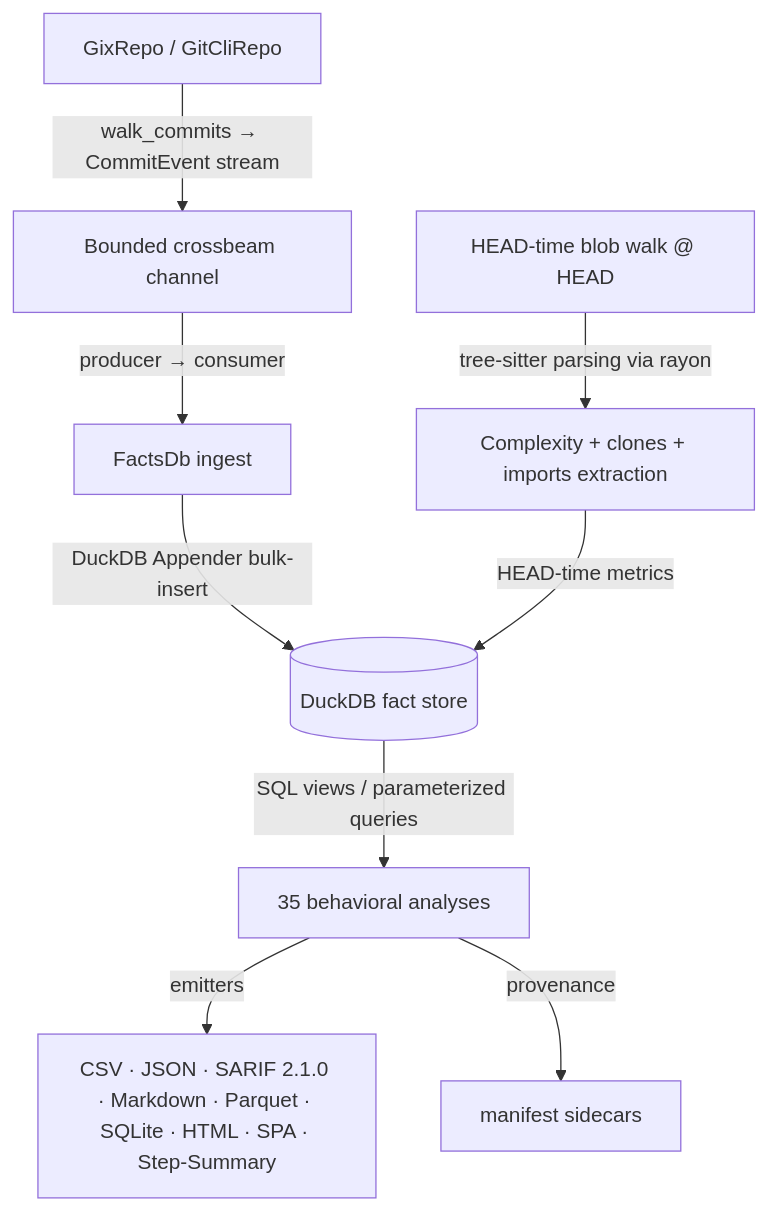
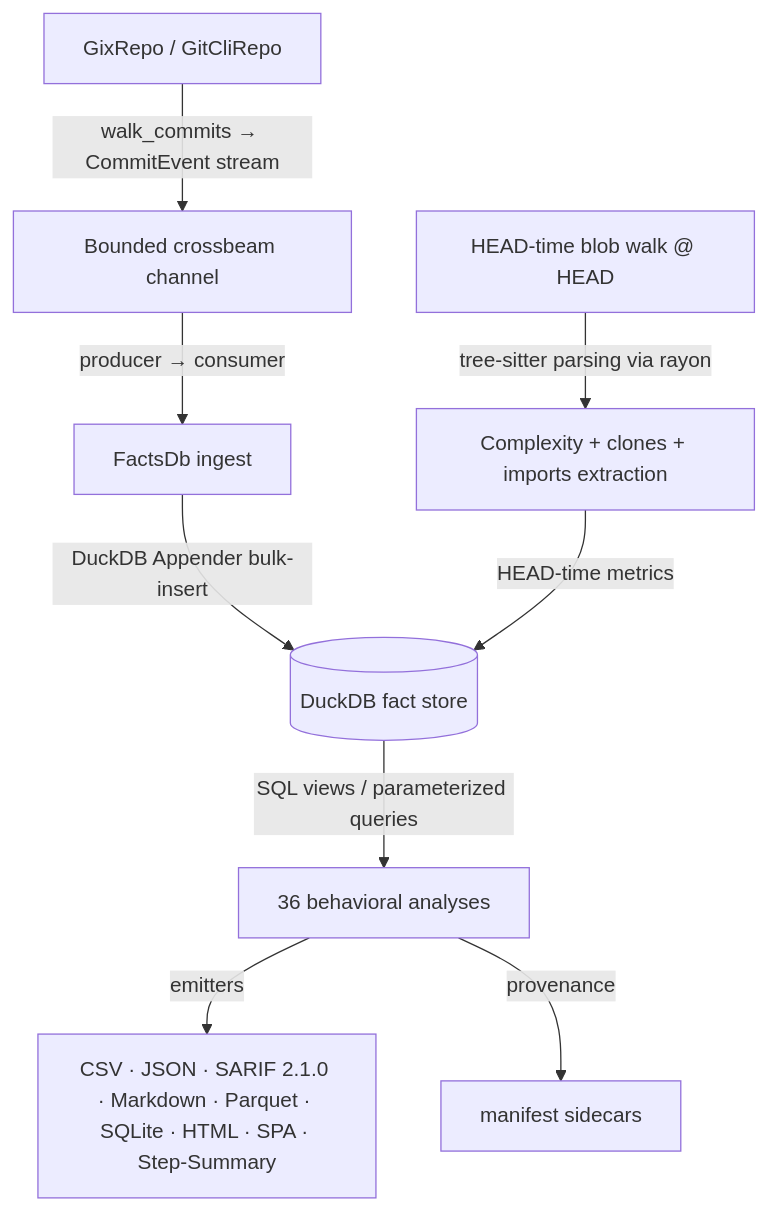
One commit to emrecdr/codelore changed the diagram in docs/codebase_analysis.md. Above: the diagram before and after it, drawn with Mermaid. The commit also changed other lines of this file and 11 other files, not shown here.

First line of the commit message:
feat(analyses): add architecture-roles (core-periphery via reachability)

````diff
--- a/docs/codebase_analysis.md
+++ b/docs/codebase_analysis.md
@@ -29,11 +29,11 @@
 ```mermaid
 graph TD
     A[GixRepo / GitCliRepo] -->|walk_commits → CommitEvent stream| B[Bounded crossbeam channel]
     B -->|producer → consumer| C[FactsDb ingest]
     C -->|DuckDB Appender bulk-insert| D[(DuckDB fact store)]
     E[HEAD-time blob walk @ HEAD] -->|tree-sitter parsing via rayon| F[Complexity + clones + imports extraction]
     F -->|HEAD-time metrics| D
-    D -->|SQL views / parameterized queries| G[35 behavioral analyses]
+    D -->|SQL views / parameterized queries| G[36 behavioral analyses]
     G -->|emitters| H[CSV · JSON · SARIF 2.1.0 · Markdown · Parquet · SQLite · HTML · SPA · Step-Summary]
     G -->|provenance| I[manifest sidecars]
 ```
````
